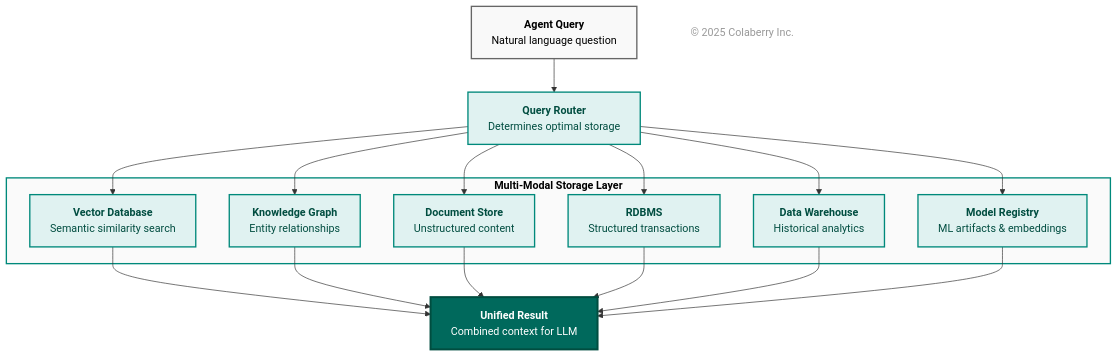
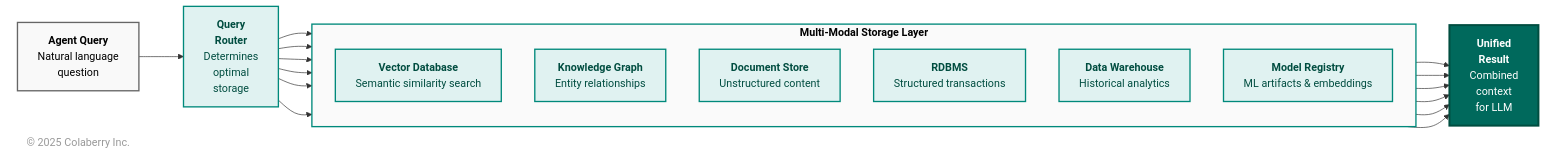
The fourth of 18 diagrams in chapter-01/chapter_1_complete.md (colaberry/enterprise-data-readiness-ai-agents), drawn with Mermaid before and after one commit. The commit also changed other lines of this file, not shown here.

First line of the commit message:
diagrams made efficient with space

````diff
--- a/chapter-01/chapter_1_complete.md
+++ b/chapter-01/chapter_1_complete.md
@@ -521,51 +521,49 @@
 ```mermaid
-graph TB
-    Q["<b>Agent Query</b><br/>Natural language question"]
+graph LR
+    Q["<b>Agent Query</b><br/>Natural language<br/>question"]
     
-    R["<b>Query Router</b><br/>Determines optimal storage"]
+    R["<b>Query<br/>Router</b><br/>Determines<br/>optimal<br/>storage"]
     
     subgraph storage["<b>Multi-Modal Storage Layer</b>"]
+        direction TB
         V["<b>Vector Database</b><br/>Semantic similarity search"]
         K["<b>Knowledge Graph</b><br/>Entity relationships"]
         D["<b>Document Store</b><br/>Unstructured content"]
         S["<b>RDBMS</b><br/>Structured transactions"]
         W["<b>Data Warehouse</b><br/>Historical analytics"]
         M["<b>Model Registry</b><br/>ML artifacts & embeddings"]
     end
     
-    U["<b>Unified Result</b><br/>Combined context for LLM"]
+    U["<b>Unified<br/>Result</b><br/>Combined<br/>context<br/>for LLM"]
     
     Q --> R
     R --> V
     R --> K
     R --> D
     R --> S
     R --> W
     R --> M
     
     V --> U
     K --> U
     D --> U
     S --> U
     W --> U
     M --> U
     
-    %% Link styling
-    
     style Q fill:#f9f9f9,stroke:#666666,stroke-width:2px,color:#000000
     style R fill:#e0f2f1,stroke:#00897b,stroke-width:2px,color:#004d40
     style storage fill:#fafafa,stroke:#00897b,stroke-width:2px,color:#000000
     style V fill:#e0f2f1,stroke:#00897b,stroke-width:2px,color:#004d40
     style K fill:#e0f2f1,stroke:#00897b,stroke-width:2px,color:#004d40
     style D fill:#e0f2f1,stroke:#00897b,stroke-width:2px,color:#004d40
     style S fill:#e0f2f1,stroke:#00897b,stroke-width:2px,color:#004d40
     style W fill:#e0f2f1,stroke:#00897b,stroke-width:2px,color:#004d40
     style M fill:#e0f2f1,stroke:#00897b,stroke-width:2px,color:#004d40
+    style U fill:#00695c,color:#ffffff,stroke:#004d40,stroke-width:3px
 
     %% Copyright Notice
     CR["© 2025 Colaberry Inc."]
-
-    style U fill:#00695c,color:#ffffff,stroke:#004d40,stroke-width:3px
     style CR fill:none,stroke:none,color:#999999
 
 ```
````
